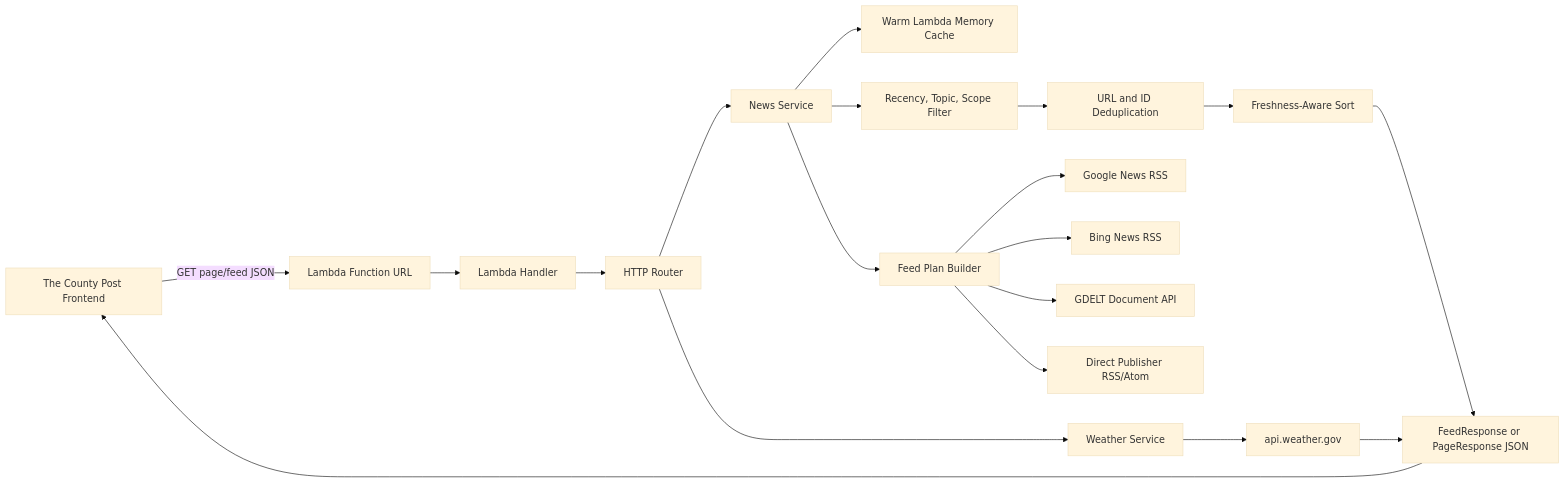
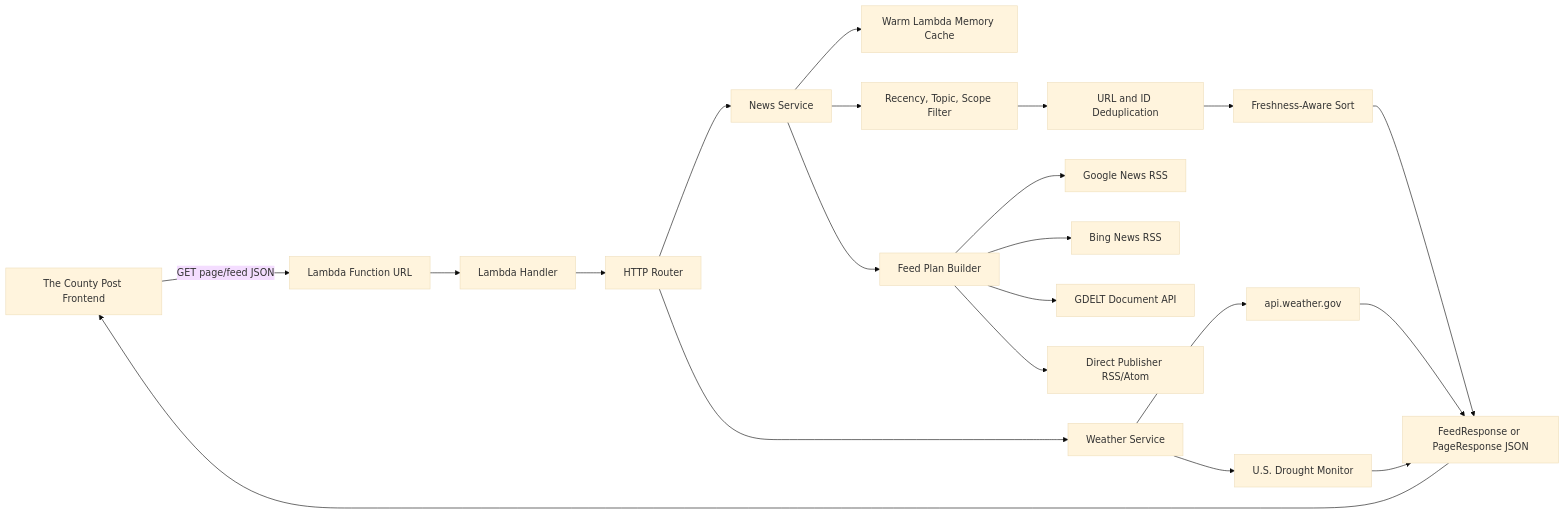
The first of 6 diagrams in docs/comprehensive-guide.md (PatriotsIA/county-post-news-api), drawn with Mermaid (base theme) before and after one commit. The commit also changed other lines of this file and 8 other files, not shown here.

````diff
--- a/docs/comprehensive-guide.md
+++ b/docs/comprehensive-guide.md
@@ -23,21 +23,23 @@
 ```mermaid
 flowchart LR
   Browser[The County Post Frontend] -->|GET page/feed JSON| LambdaUrl[Lambda Function URL]
   LambdaUrl --> Handler[Lambda Handler]
   Handler --> Router[HTTP Router]
   Router --> NewsService[News Service]
   Router --> WeatherService[Weather Service]
   NewsService --> Cache[Warm Lambda Memory Cache]
   NewsService --> FeedPlan[Feed Plan Builder]
   FeedPlan --> Google[Google News RSS]
   FeedPlan --> Bing[Bing News RSS]
   FeedPlan --> Gdelt[GDELT Document API]
   FeedPlan --> Direct[Direct Publisher RSS/Atom]
   NewsService --> Filter[Recency, Topic, Scope Filter]
   Filter --> Dedupe[URL and ID Deduplication]
   Dedupe --> Sort[Freshness-Aware Sort]
   Sort --> Response[FeedResponse or PageResponse JSON]
   WeatherService --> NWS[api.weather.gov]
+  WeatherService --> USDM[U.S. Drought Monitor]
   NWS --> Response
+  USDM --> Response
   Response --> Browser
 ```
````
